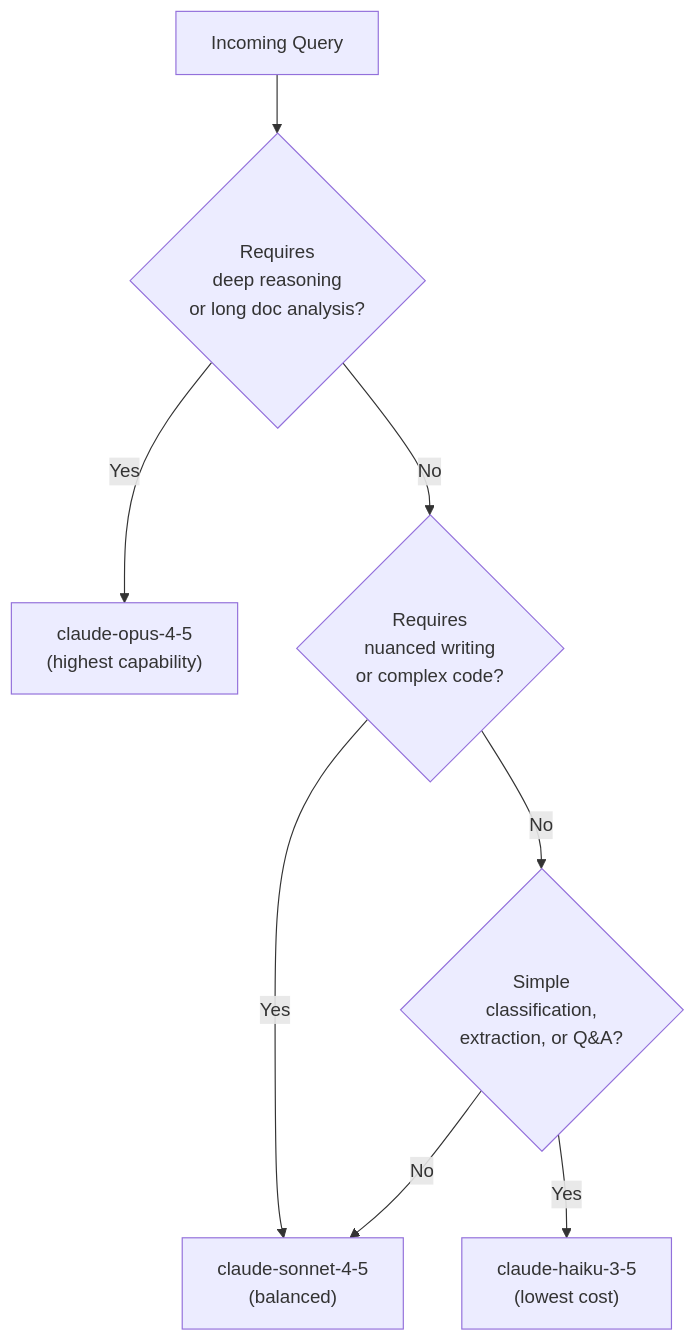
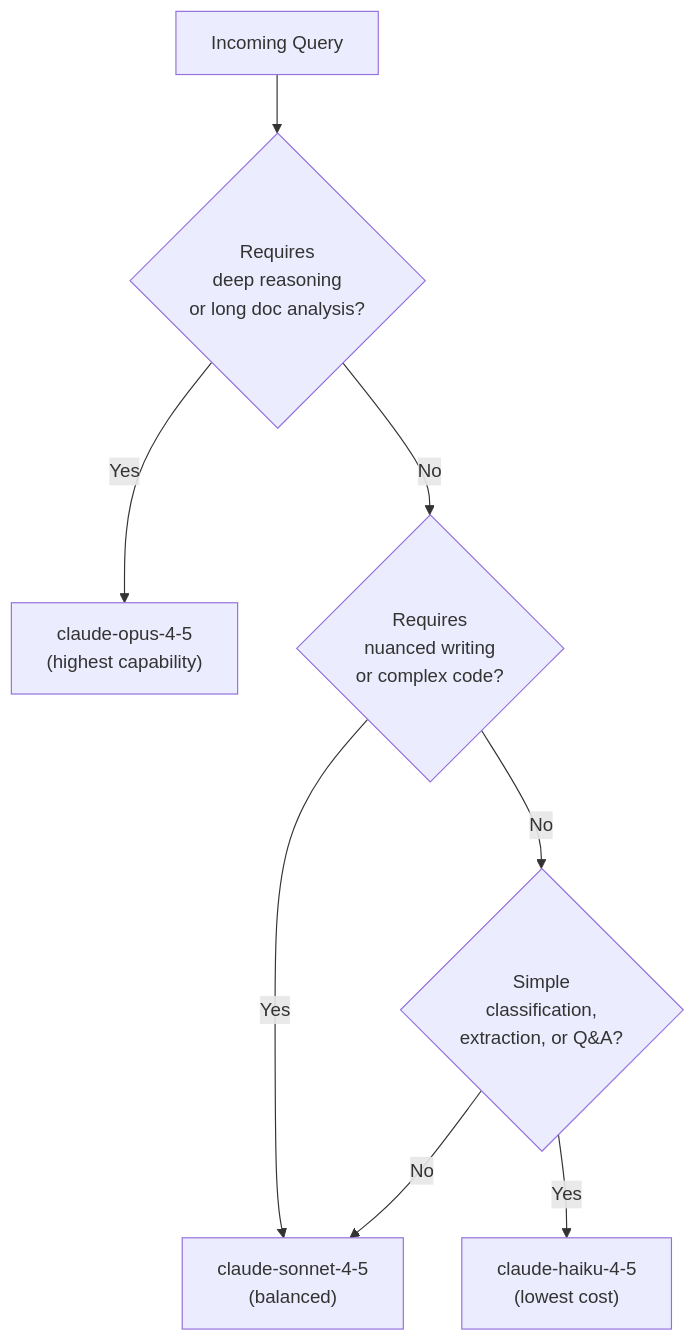
Before and after one commit to blebleblee/synapse: the fourth of 5 diagrams in topics/computing/ai/claude_and_anthropic_apis/lesson_02_anthropic_api_integration.md, drawn with Mermaid. The commit also changed other lines of this file and 187 other files, not shown here.

````diff
--- a/topics/computing/ai/claude_and_anthropic_apis/lesson_02_anthropic_api_integration.md
+++ b/topics/computing/ai/claude_and_anthropic_apis/lesson_02_anthropic_api_integration.md
@@ -593,10 +593,10 @@
 ```mermaid
 flowchart TD
     A["Incoming Query"] --> B{Requires<br/>deep reasoning<br/>or long doc analysis?}
     B -->|"Yes"| C["claude-opus-4-5<br/>(highest capability)"]
     B -->|"No"| D{Requires<br/>nuanced writing<br/>or complex code?}
     D -->|"Yes"| E["claude-sonnet-4-5<br/>(balanced)"]
     D -->|"No"| F{Simple<br/>classification,<br/>extraction, or Q&A?}
-    F -->|"Yes"| G["claude-haiku-3-5<br/>(lowest cost)"]
+    F -->|"Yes"| G["claude-haiku-4-5<br/>(lowest cost)"]
     F -->|"No"| E
 ```
````
